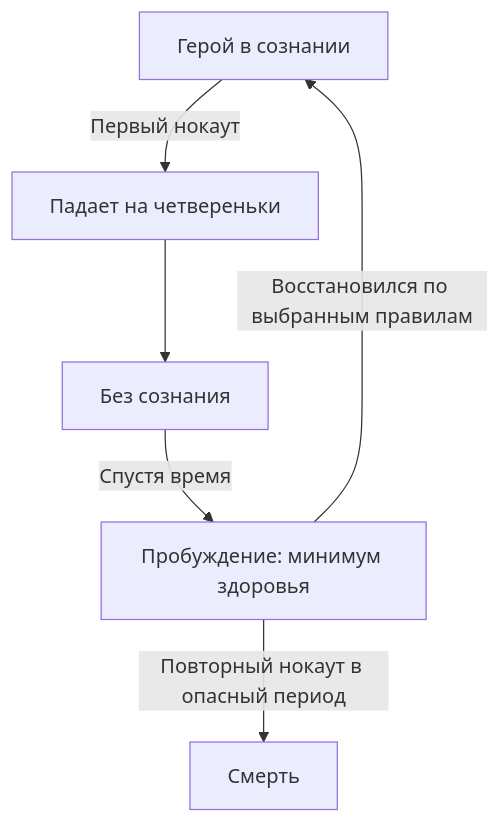
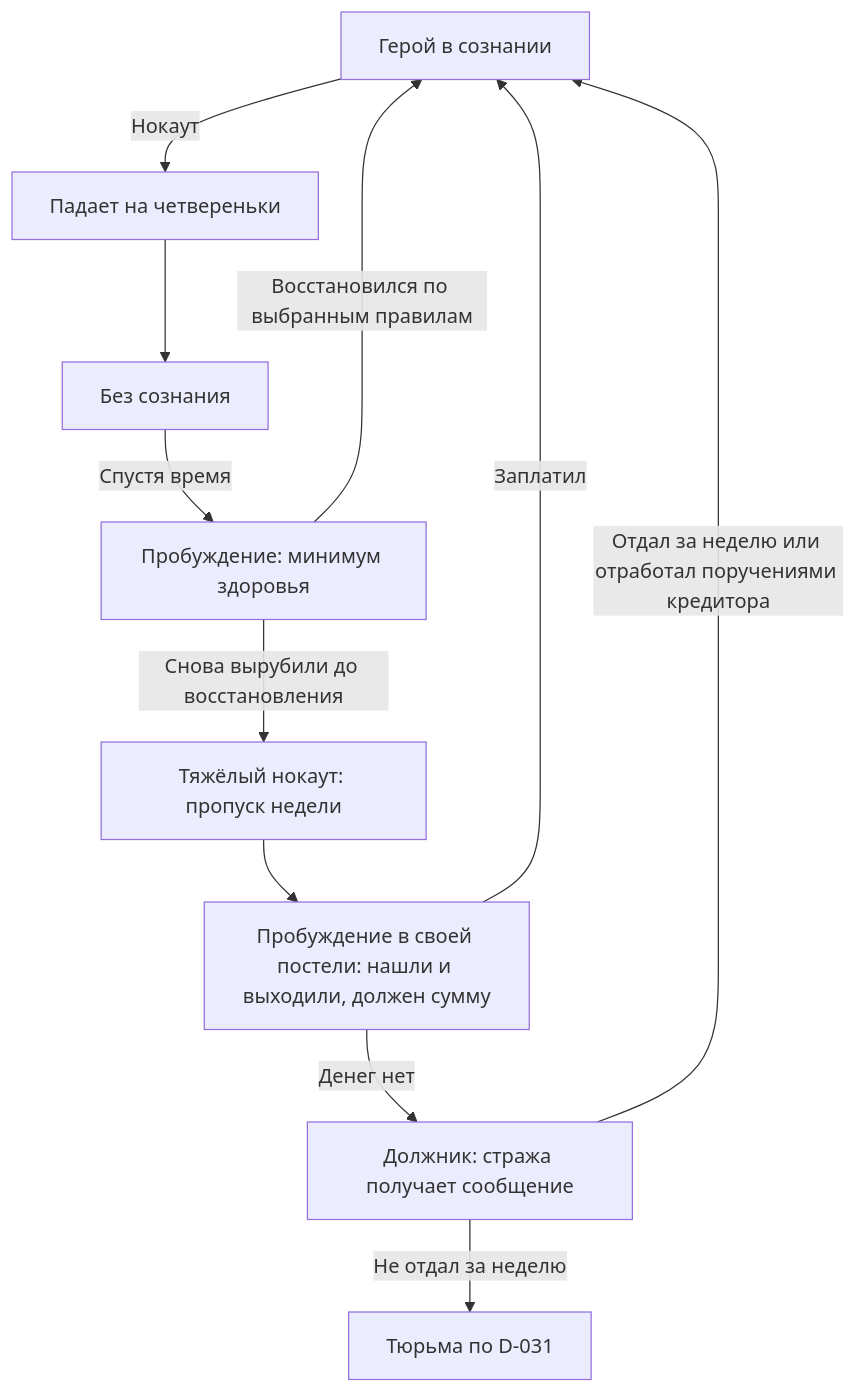
One commit to AlekseyChist/ashbound changed the diagram in docs/design/INVENTORY_AND_SECOND_CHANCE.md. Above: the diagram before and after it, drawn with Mermaid. The commit also changed other lines of this file and 4 other files, not shown here.

````diff
--- a/docs/design/INVENTORY_AND_SECOND_CHANCE.md
+++ b/docs/design/INVENTORY_AND_SECOND_CHANCE.md
@@ -15,8 +17,13 @@
 ```mermaid
 flowchart TD
-    A[Герой в сознании] -->|Первый нокаут| B[Падает на четвереньки]
+    A[Герой в сознании] -->|Нокаут| B[Падает на четвереньки]
     B --> C[Без сознания]
     C -->|Спустя время| D[Пробуждение: минимум здоровья]
     D -->|Восстановился по выбранным правилам| A
-    D -->|Повторный нокаут в опасный период| E[Смерть]
+    D -->|Снова вырубили до восстановления| E[Тяжёлый нокаут: пропуск недели]
+    E --> F[Пробуждение в своей постели: нашли и выходили, должен сумму]
+    F -->|Заплатил| A
+    F -->|Денег нет| G[Должник: стража получает сообщение]
+    G -->|Отдал за неделю или отработал поручениями кредитора| A
+    G -->|Не отдал за неделю| H[Тюрьма по D-031]
 ```
````
